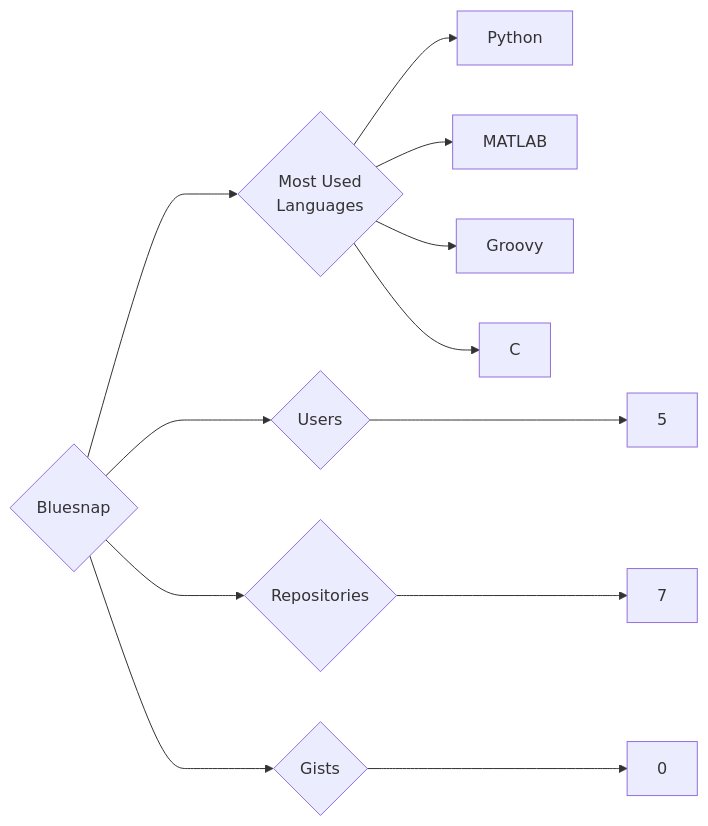
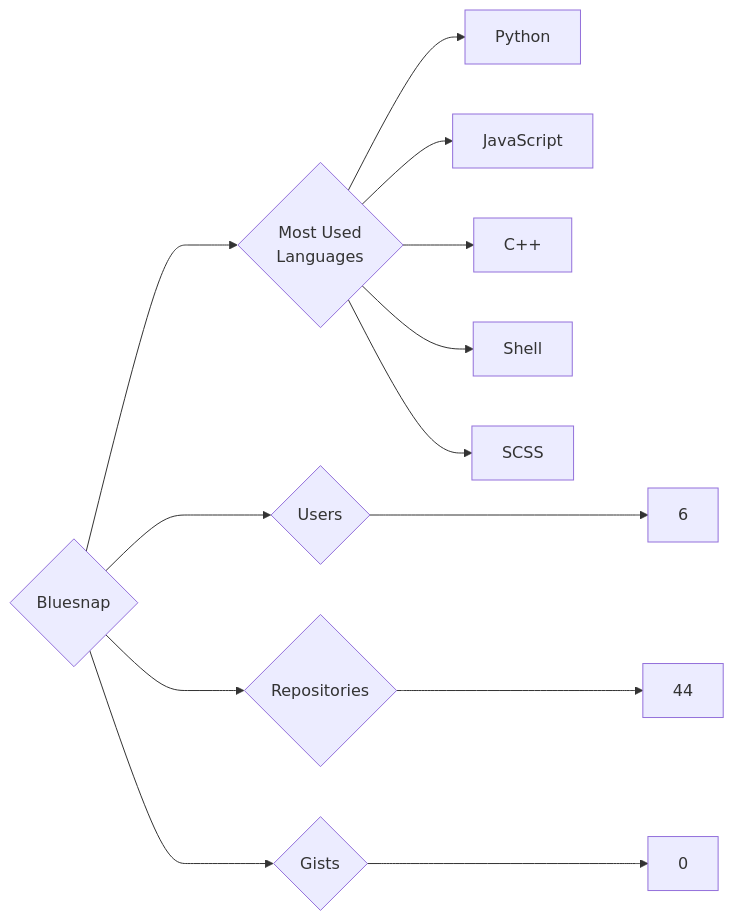
Before and after one commit to trickest/insiders: the diagram in targets/Bluesnap/README.md, drawn with Mermaid. The commit also changed 569 other files, not shown here.

````diff
--- a/targets/Bluesnap/README.md
+++ b/targets/Bluesnap/README.md
@@ -3,12 +3,13 @@
 ```mermaid
 graph LR
 COMPANY_NAME{Bluesnap}
-COMPANY_NAME ---> U{Users} ---> UN[5]
-COMPANY_NAME ---> R{Repositories} ---> RN[7]
+COMPANY_NAME ---> U{Users} ---> UN[6]
+COMPANY_NAME ---> R{Repositories} ---> RN[44]
 COMPANY_NAME ---> G{Gists} ---> GN[0]
 COMPANY_NAME ---> ML{Most Used<br>Languages}
 ML --> Python[Python]
-ML --> MATLAB[MATLAB]
-ML --> Groovy[Groovy]
-ML --> C[C]
+ML --> JavaScript[JavaScript]
+ML --> C++[C++]
+ML --> Shell[Shell]
+ML --> SCSS[SCSS]
 ```
````
